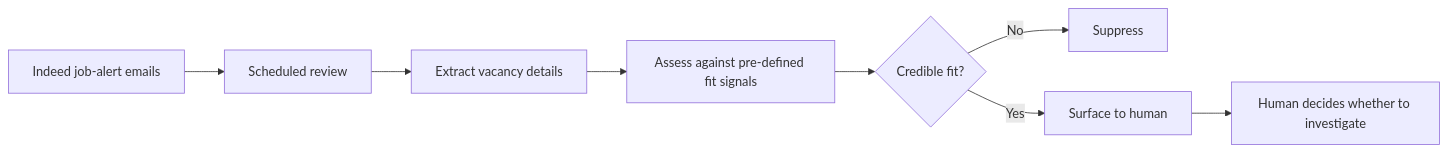
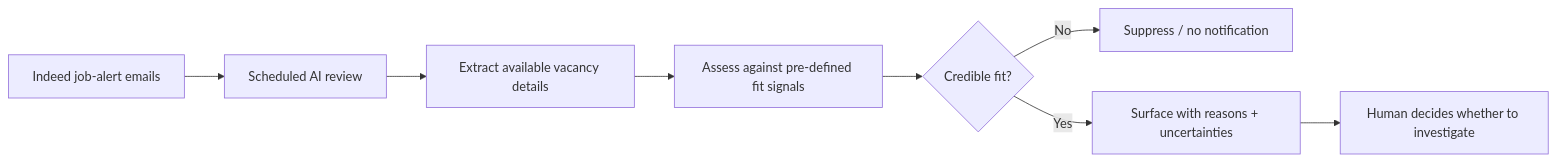
The first of 2 diagrams in docs/architecture.md (jdohertydev/evidence-driven-ai-job-search), drawn with Mermaid before and after one commit. The commit also changed other lines of this file, not shown here.

Commit message:
Clarify architecture and control boundaries

````diff
--- a/docs/architecture.md
+++ b/docs/architecture.md
@@ -7,10 +7,10 @@
 ```mermaid
 flowchart LR
-    A[Indeed job-alert emails] --> B[Scheduled review]
-    B --> C[Extract vacancy details]
+    A[Indeed job-alert emails] --> B[Scheduled AI review]
+    B --> C[Extract available vacancy details]
     C --> D[Assess against pre-defined fit signals]
     D --> E{Credible fit?}
-    E -- No --> F[Suppress]
-    E -- Yes --> G[Surface to human]
+    E -- No --> F[Suppress / no notification]
+    E -- Yes --> G[Surface with reasons + uncertainties]
     G --> H[Human decides whether to investigate]
 ```
````
